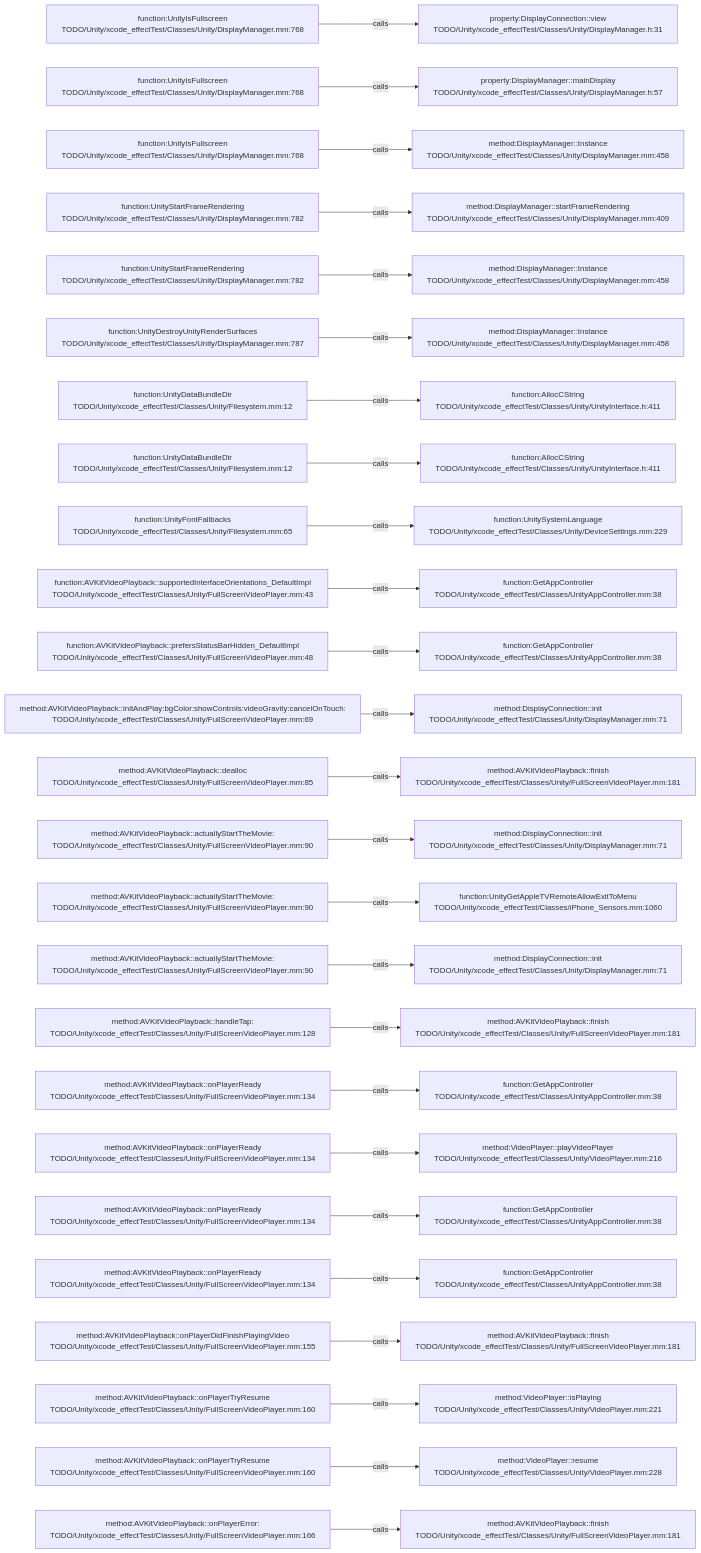
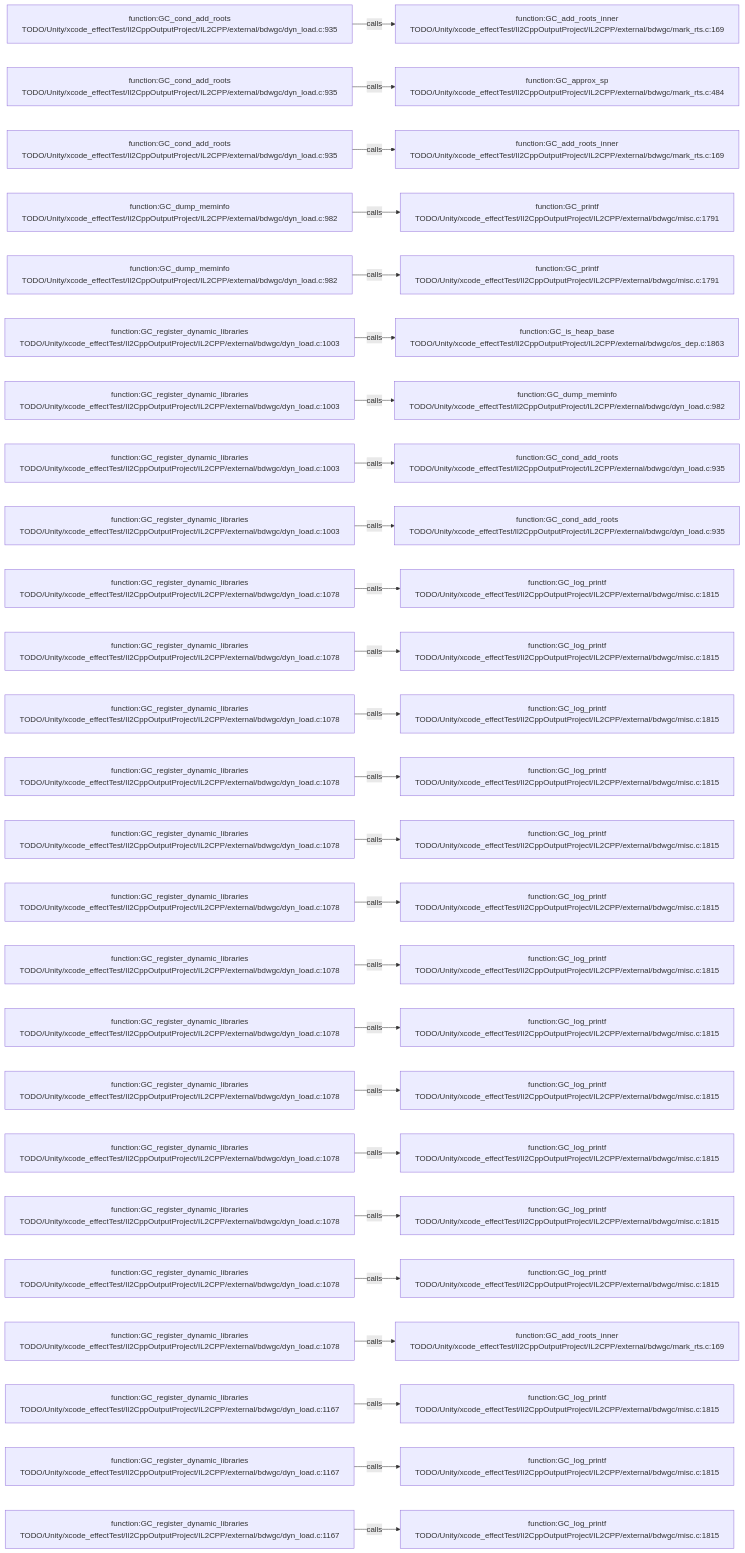
One commit to JobsKits/JobsSwiftBaseConfigDemo changed the diagram in .codegraph/codegraph.md/graphs/calls-105.md. Above: the diagram before and after it, drawn with Mermaid. The commit also changed 227 other files, not shown here.

````diff
--- a/.codegraph/codegraph.md/graphs/calls-105.md
+++ b/.codegraph/codegraph.md/graphs/calls-105.md
@@ -13,78 +13,78 @@
 ```mermaid
 flowchart LR
-  S1["function:UnityIsFullscreen<br/>TODO/Unity/xcode_effectTest/Classes/Unity/DisplayManager.mm:768"]
-  T1["property:DisplayConnection::view<br/>TODO/Unity/xcode_effectTest/Classes/Unity/DisplayManager.h:31"]
+  S1["function:GC_cond_add_roots<br/>TODO/Unity/xcode_effectTest/Il2CppOutputProject/IL2CPP/external/bdwgc/dyn_load.c:935"]
+  T1["function:GC_add_roots_inner<br/>TODO/Unity/xcode_effectTest/Il2CppOutputProject/IL2CPP/external/bdwgc/mark_rts.c:169"]
   S1 -->|calls| T1
-  S2["function:UnityIsFullscreen<br/>TODO/Unity/xcode_effectTest/Classes/Unity/DisplayManager.mm:768"]
-  T2["property:DisplayManager::mainDisplay<br/>TODO/Unity/xcode_effectTest/Classes/Unity/DisplayManager.h:57"]
+  S2["function:GC_cond_add_roots<br/>TODO/Unity/xcode_effectTest/Il2CppOutputProject/IL2CPP/external/bdwgc/dyn_load.c:935"]
+  T2["function:GC_approx_sp<br/>TODO/Unity/xcode_effectTest/Il2CppOutputProject/IL2CPP/external/bdwgc/mark_rts.c:484"]
   S2 -->|calls| T2
-  S3["function:UnityIsFullscreen<br/>TODO/Unity/xcode_effectTest/Classes/Unity/DisplayManager.mm:768"]
-  T3["method:DisplayManager::Instance<br/>TODO/Unity/xcode_effectTest/Classes/Unity/DisplayManager.mm:458"]
+  S3["function:GC_cond_add_roots<br/>TODO/Unity/xcode_effectTest/Il2CppOutputProject/IL2CPP/external/bdwgc/dyn_load.c:935"]
+  T3["function:GC_add_roots_inner<br/>TODO/Unity/xcode_effectTest/Il2CppOutputProject/IL2CPP/external/bdwgc/mark_rts.c:169"]
   S3 -->|calls| T3
-  S4["function:UnityStartFrameRendering<br/>TODO/Unity/xcode_effectTest/Classes/Unity/DisplayManager.mm:782"]
-  T4["method:DisplayManager::startFrameRendering<br/>TODO/Unity/xcode_effectTest/Classes/Unity/DisplayManager.mm:409"]
+  S4["function:GC_dump_meminfo<br/>TODO/Unity/xcode_effectTest/Il2CppOutputProject/IL2CPP/external/bdwgc/dyn_load.c:982"]
+  T4["function:GC_printf<br/>TODO/Unity/xcode_effectTest/Il2CppOutputProject/IL2CPP/external/bdwgc/misc.c:1791"]
   S4 -->|calls| T4
-  S5["function:UnityStartFrameRendering<br/>TODO/Unity/xcode_effectTest/Classes/Unity/DisplayManager.mm:782"]
-  T5["method:DisplayManager::Instance<br/>TODO/Unity/xcode_effectTest/Classes/Unity/DisplayManager.mm:458"]
+  S5["function:GC_dump_meminfo<br/>TODO/Unity/xcode_effectTest/Il2CppOutputProject/IL2CPP/external/bdwgc/dyn_load.c:982"]
+  T5["function:GC_printf<br/>TODO/Unity/xcode_effectTest/Il2CppOutputProject/IL2CPP/external/bdwgc/misc.c:1791"]
   S5 -->|calls| T5
-  S6["function:UnityDestroyUnityRenderSurfaces<br/>TODO/Unity/xcode_effectTest/Classes/Unity/DisplayManager.mm:787"]
-  T6["method:DisplayManager::Instance<br/>TODO/Unity/xcode_effectTest/Classes/Unity/DisplayManager.mm:458"]
+  S6["function:GC_register_dynamic_libraries<br/>TODO/Unity/xcode_effectTest/Il2CppOutputProject/IL2CPP/external/bdwgc/dyn_load.c:1003"]
+  T6["function:GC_is_heap_base<br/>TODO/Unity/xcode_effectTest/Il2CppOutputProject/IL2CPP/external/bdwgc/os_dep.c:1863"]
   S6 -->|calls| T6
-  S7["function:UnityDataBundleDir<br/>TODO/Unity/xcode_effectTest/Classes/Unity/Filesystem.mm:12"]
-  T7["function:AllocCString<br/>TODO/Unity/xcode_effectTest/Classes/Unity/UnityInterface.h:411"]
+  S7["function:GC_register_dynamic_libraries<br/>TODO/Unity/xcode_effectTest/Il2CppOutputProject/IL2CPP/external/bdwgc/dyn_load.c:1003"]
+  T7["function:GC_dump_meminfo<br/>TODO/Unity/xcode_effectTest/Il2CppOutputProject/IL2CPP/external/bdwgc/dyn_load.c:982"]
   S7 -->|calls| T7
-  S8["function:UnityDataBundleDir<br/>TODO/Unity/xcode_effectTest/Classes/Unity/Filesystem.mm:12"]
-  T8["function:AllocCString<br/>TODO/Unity/xcode_effectTest/Classes/Unity/UnityInterface.h:411"]
+  S8["function:GC_register_dynamic_libraries<br/>TODO/Unity/xcode_effectTest/Il2CppOutputProject/IL2CPP/external/bdwgc/dyn_load.c:1003"]
+  T8["function:GC_cond_add_roots<br/>TODO/Unity/xcode_effectTest/Il2CppOutputProject/IL2CPP/external/bdwgc/dyn_load.c:935"]
   S8 -->|calls| T8
-  S9["function:UnityFontFallbacks<br/>TODO/Unity/xcode_effectTest/Classes/Unity/Filesystem.mm:65"]
-  T9["function:UnitySystemLanguage<br/>TODO/Unity/xcode_effectTest/Classes/Unity/DeviceSettings.mm:229"]
+  S9["function:GC_register_dynamic_libraries<br/>TODO/Unity/xcode_effectTest/Il2CppOutputProject/IL2CPP/external/bdwgc/dyn_load.c:1003"]
+  T9["function:GC_cond_add_roots<br/>TODO/Unity/xcode_effectTest/Il2CppOutputProject/IL2CPP/external/bdwgc/dyn_load.c:935"]
   S9 -->|calls| T9
-  S10["function:AVKitVideoPlayback::supportedInterfaceOrientations_DefaultImpl<br/>TODO/Unity/xcode_effectTest/Classes/Unity/FullScreenVideoPlayer.mm:43"]
-  T10["function:GetAppController<br/>TODO/Unity/xcode_effectTest/Classes/UnityAppController.mm:38"]
+  S10["function:GC_register_dynamic_libraries<br/>TODO/Unity/xcode_effectTest/Il2CppOutputProject/IL2CPP/external/bdwgc/dyn_load.c:1078"]
+  T10["function:GC_log_printf<br/>TODO/Unity/xcode_effectTest/Il2CppOutputProject/IL2CPP/external/bdwgc/misc.c:1815"]
   S10 -->|calls| T10
-  S11["function:AVKitVideoPlayback::prefersStatusBarHidden_DefaultImpl<br/>TODO/Unity/xcode_effectTest/Classes/Unity/FullScreenVideoPlayer.mm:48"]
-  T11["function:GetAppController<br/>TODO/Unity/xcode_effectTest/Classes/UnityAppController.mm:38"]
+  S11["function:GC_register_dynamic_libraries<br/>TODO/Unity/xcode_effectTest/Il2CppOutputProject/IL2CPP/external/bdwgc/dyn_load.c:1078"]
+  T11["function:GC_log_printf<br/>TODO/Unity/xcode_effectTest/Il2CppOutputProject/IL2CPP/external/bdwgc/misc.c:1815"]
   S11 -->|calls| T11
-  S12["method:AVKitVideoPlayback::initAndPlay:bgColor:showControls:videoGravity:cancelOnTouch:<br/>TODO/Unity/xcode_effectTest/Classes/Unity/FullScreenVideoPlayer.mm:69"]
-  T12["method:DisplayConnection::init<br/>TODO/Unity/xcode_effectTest/Classes/Unity/DisplayManager.mm:71"]
+  S12["function:GC_register_dynamic_libraries<br/>TODO/Unity/xcode_effectTest/Il2CppOutputProject/IL2CPP/external/bdwgc/dyn_load.c:1078"]
+  T12["function:GC_log_printf<br/>TODO/Unity/xcode_effectTest/Il2CppOutputProject/IL2CPP/external/bdwgc/misc.c:1815"]
   S12 -->|calls| T12
-  S13["method:AVKitVideoPlayback::dealloc<br/>TODO/Unity/xcode_effectTest/Classes/Unity/FullScreenVideoPlayer.mm:85"]
-  T13["method:AVKitVideoPlayback::finish<br/>TODO/Unity/xcode_effectTest/Classes/Unity/FullScreenVideoPlayer.mm:181"]
+  S13["function:GC_register_dynamic_libraries<br/>TODO/Unity/xcode_effectTest/Il2CppOutputProject/IL2CPP/external/bdwgc/dyn_load.c:1078"]
+  T13["function:GC_log_printf<br/>TODO/Unity/xcode_effectTest/Il2CppOutputProject/IL2CPP/external/bdwgc/misc.c:1815"]
   S13 -->|calls| T13
-  S14["method:AVKitVideoPlayback::actuallyStartTheMovie:<br/>TODO/Unity/xcode_effectTest/Classes/Unity/FullScreenVideoPlayer.mm:90"]
-  T14["method:DisplayConnection::init<br/>TODO/Unity/xcode_effectTest/Classes/Unity/DisplayManager.mm:71"]
+  S14["function:GC_register_dynamic_libraries<br/>TODO/Unity/xcode_effectTest/Il2CppOutputProject/IL2CPP/external/bdwgc/dyn_load.c:1078"]
+  T14["function:GC_log_printf<br/>TODO/Unity/xcode_effectTest/Il2CppOutputProject/IL2CPP/external/bdwgc/misc.c:1815"]
   S14 -->|calls| T14
-  S15["method:AVKitVideoPlayback::actuallyStartTheMovie:<br/>TODO/Unity/xcode_effectTest/Classes/Unity/FullScreenVideoPlayer.mm:90"]
-  T15["function:UnityGetAppleTVRemoteAllowExitToMenu<br/>TODO/Unity/xcode_effectTest/Classes/iPhone_Sensors.mm:1060"]
+  S15["function:GC_register_dynamic_libraries<br/>TODO/Unity/xcode_effectTest/Il2CppOutputProject/IL2CPP/external/bdwgc/dyn_load.c:1078"]
+  T15["function:GC_log_printf<br/>TODO/Unity/xcode_effectTest/Il2CppOutputProject/IL2CPP/external/bdwgc/misc.c:1815"]
   S15 -->|calls| T15
-  S16["method:AVKitVideoPlayback::actuallyStartTheMovie:<br/>TODO/Unity/xcode_effectTest/Classes/Unity/FullScreenVideoPlayer.mm:90"]
-  T16["method:DisplayConnection::init<br/>TODO/Unity/xcode_effectTest/Classes/Unity/DisplayManager.mm:71"]
+  S16["function:GC_register_dynamic_libraries<br/>TODO/Unity/xcode_effectTest/Il2CppOutputProject/IL2CPP/external/bdwgc/dyn_load.c:1078"]
+  T16["function:GC_log_printf<br/>TODO/Unity/xcode_effectTest/Il2CppOutputProject/IL2CPP/external/bdwgc/misc.c:1815"]
   S16 -->|calls| T16
-  S17["method:AVKitVideoPlayback::handleTap:<br/>TODO/Unity/xcode_effectTest/Classes/Unity/FullScreenVideoPlayer.mm:128"]
-  T17["method:AVKitVideoPlayback::finish<br/>TODO/Unity/xcode_effectTest/Classes/Unity/FullScreenVideoPlayer.mm:181"]
+  S17["function:GC_register_dynamic_libraries<br/>TODO/Unity/xcode_effectTest/Il2CppOutputProject/IL2CPP/external/bdwgc/dyn_load.c:1078"]
+  T17["function:GC_log_printf<br/>TODO/Unity/xcode_effectTest/Il2CppOutputProject/IL2CPP/external/bdwgc/misc.c:1815"]
   S17 -->|calls| T17
-  S18["method:AVKitVideoPlayback::onPlayerReady<br/>TODO/Unity/xcode_effectTest/Classes/Unity/FullScreenVideoPlayer.mm:134"]
-  T18["function:GetAppController<br/>TODO/Unity/xcode_effectTest/Classes/UnityAppController.mm:38"]
+  S18["function:GC_register_dynamic_libraries<br/>TODO/Unity/xcode_effectTest/Il2CppOutputProject/IL2CPP/external/bdwgc/dyn_load.c:1078"]
+  T18["function:GC_log_printf<br/>TODO/Unity/xcode_effectTest/Il2CppOutputProject/IL2CPP/external/bdwgc/misc.c:1815"]
   S18 -->|calls| T18
-  S19["method:AVKitVideoPlayback::onPlayerReady<br/>TODO/Unity/xcode_effectTest/Classes/Unity/FullScreenVideoPlayer.mm:134"]
-  T19["method:VideoPlayer::playVideoPlayer<br/>TODO/Unity/xcode_effectTest/Classes/Unity/VideoPlayer.mm:216"]
+  S19["function:GC_register_dynamic_libraries<br/>TODO/Unity/xcode_effectTest/Il2CppOutputProject/IL2CPP/external/bdwgc/dyn_load.c:1078"]
+  T19["function:GC_log_printf<br/>TODO/Unity/xcode_effectTest/Il2CppOutputProject/IL2CPP/external/bdwgc/misc.c:1815"]
   S19 -->|calls| T19
-  S20["method:AVKitVideoPlayback::onPlayerReady<br/>TODO/Unity/xcode_effectTest/Classes/Unity/FullScreenVideoPlayer.mm:134"]
-  T20["function:GetAppController<br/>TODO/Unity/xcode_effectTest/Classes/UnityAppController.mm:38"]
+  S20["function:GC_register_dynamic_libraries<br/>TODO/Unity/xcode_effectTest/Il2CppOutputProject/IL2CPP/external/bdwgc/dyn_load.c:1078"]
+  T20["function:GC_log_printf<br/>TODO/Unity/xcode_effectTest/Il2CppOutputProject/IL2CPP/external/bdwgc/misc.c:1815"]
   S20 -->|calls| T20
-  S21["method:AVKitVideoPlayback::onPlayerReady<br/>TODO/Unity/xcode_effectTest/Classes/Unity/FullScreenVideoPlayer.mm:134"]
-  T21["function:GetAppController<br/>TODO/Unity/xcode_effectTest/Classes/UnityAppController.mm:38"]
+  S21["function:GC_register_dynamic_libraries<br/>TODO/Unity/xcode_effectTest/Il2CppOutputProject/IL2CPP/external/bdwgc/dyn_load.c:1078"]
+  T21["function:GC_log_printf<br/>TODO/Unity/xcode_effectTest/Il2CppOutputProject/IL2CPP/external/bdwgc/misc.c:1815"]
   S21 -->|calls| T21
-  S22["method:AVKitVideoPlayback::onPlayerDidFinishPlayingVideo<br/>TODO/Unity/xcode_effectTest/Classes/Unity/FullScreenVideoPlayer.mm:155"]
-  T22["method:AVKitVideoPlayback::finish<br/>TODO/Unity/xcode_effectTest/Classes/Unity/FullScreenVideoPlayer.mm:181"]
+  S22["function:GC_register_dynamic_libraries<br/>TODO/Unity/xcode_effectTest/Il2CppOutputProject/IL2CPP/external/bdwgc/dyn_load.c:1078"]
+  T22["function:GC_add_roots_inner<br/>TODO/Unity/xcode_effectTest/Il2CppOutputProject/IL2CPP/external/bdwgc/mark_rts.c:169"]
   S22 -->|calls| T22
-  S23["method:AVKitVideoPlayback::onPlayerTryResume<br/>TODO/Unity/xcode_effectTest/Classes/Unity/FullScreenVideoPlayer.mm:160"]
-  T23["method:VideoPlayer::isPlaying<br/>TODO/Unity/xcode_effectTest/Classes/Unity/VideoPlayer.mm:221"]
+  S23["function:GC_register_dynamic_libraries<br/>TODO/Unity/xcode_effectTest/Il2CppOutputProject/IL2CPP/external/bdwgc/dyn_load.c:1167"]
+  T23["function:GC_log_printf<br/>TODO/Unity/xcode_effectTest/Il2CppOutputProject/IL2CPP/external/bdwgc/misc.c:1815"]
   S23 -->|calls| T23
-  S24["method:AVKitVideoPlayback::onPlayerTryResume<br/>TODO/Unity/xcode_effectTest/Classes/Unity/FullScreenVideoPlayer.mm:160"]
-  T24["method:VideoPlayer::resume<br/>TODO/Unity/xcode_effectTest/Classes/Unity/VideoPlayer.mm:228"]
+  S24["function:GC_register_dynamic_libraries<br/>TODO/Unity/xcode_effectTest/Il2CppOutputProject/IL2CPP/external/bdwgc/dyn_load.c:1167"]
+  T24["function:GC_log_printf<br/>TODO/Unity/xcode_effectTest/Il2CppOutputProject/IL2CPP/external/bdwgc/misc.c:1815"]
   S24 -->|calls| T24
-  S25["method:AVKitVideoPlayback::onPlayerError:<br/>TODO/Unity/xcode_effectTest/Classes/Unity/FullScreenVideoPlayer.mm:166"]
-  T25["method:AVKitVideoPlayback::finish<br/>TODO/Unity/xcode_effectTest/Classes/Unity/FullScreenVideoPlayer.mm:181"]
+  S25["function:GC_register_dynamic_libraries<br/>TODO/Unity/xcode_effectTest/Il2CppOutputProject/IL2CPP/external/bdwgc/dyn_load.c:1167"]
+  T25["function:GC_log_printf<br/>TODO/Unity/xcode_effectTest/Il2CppOutputProject/IL2CPP/external/bdwgc/misc.c:1815"]
   S25 -->|calls| T25
 ```
````
